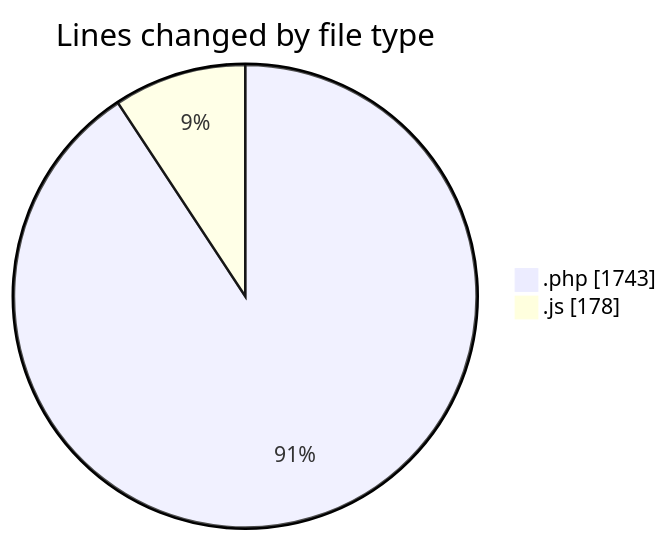
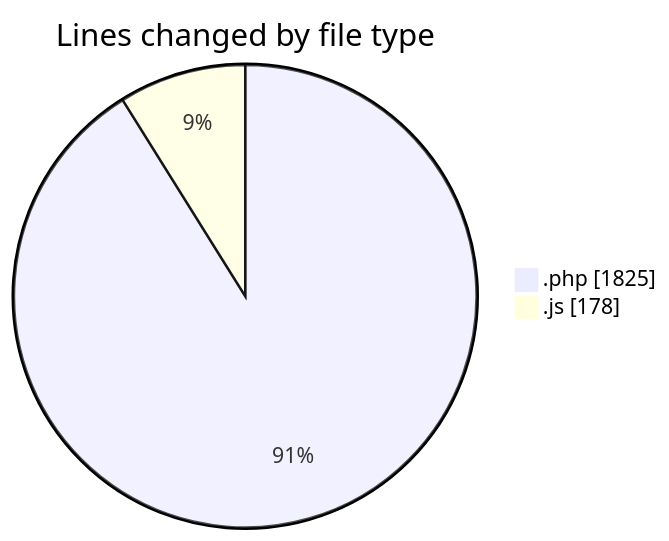
Before and after one commit to debugP/code-tracking: the first of 2 diagrams in 2026-07-09/wp-content/README.md, drawn with Mermaid. The commit also changed other lines of this file and 1 other file, not shown here.

````diff
--- a/2026-07-09/wp-content/README.md
+++ b/2026-07-09/wp-content/README.md
@@ -23,6 +23,6 @@
 ```mermaid
 pie showData
 title Lines changed by file type
-".php" : 1743
+".php" : 1825
 ".js" : 178
 ```
````
